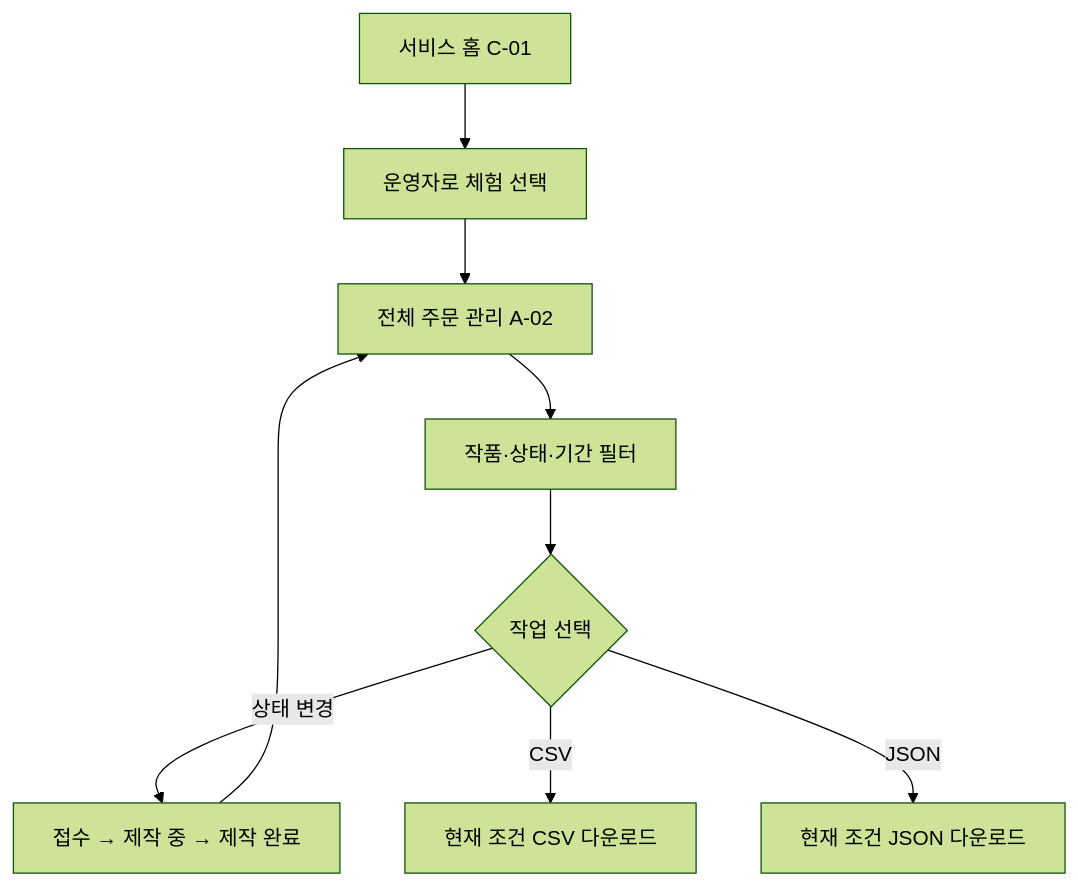
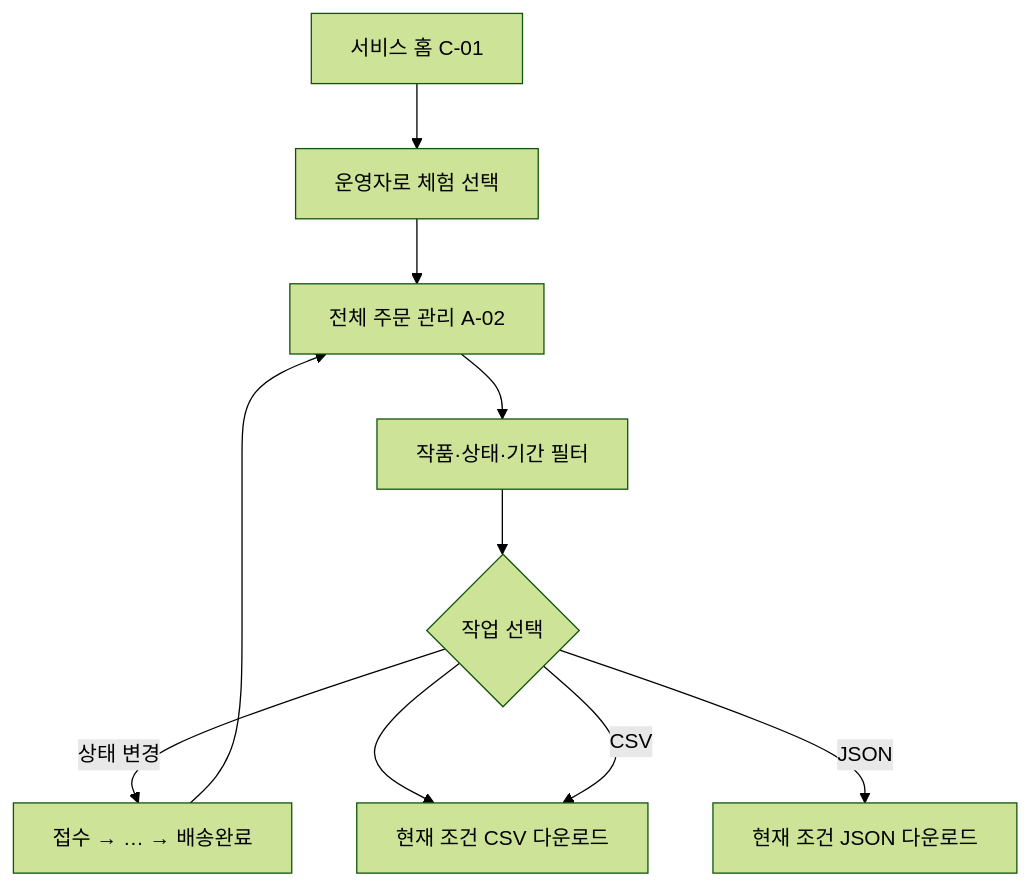
The third of 3 diagrams in docs/05_화면_정의서.md (021Skyfall/novelkeep), drawn with Mermaid (forest theme) before and after one commit. The commit also changed other lines of this file and 63 other files, not shown here.

````diff
--- a/docs/05_화면_정의서.md
+++ b/docs/05_화면_정의서.md
@@ -417,11 +429,12 @@
 ```mermaid
 flowchart TD
     A["서비스 홈 C-01"] --> B["운영자로 체험 선택"]
     B --> C["전체 주문 관리 A-02"]
     C --> D["작품·상태·기간 필터"]
     D --> E{"작업 선택"}
-    E -->|상태 변경| F["접수 → 제작 중 → 제작 완료"]
+    E -->|상태 변경| F["접수 → … → 배송완료"]
+    E --> G["펀딩 승인 A-03"]
     E -->|CSV| G["현재 조건 CSV 다운로드"]
     E -->|JSON| H["현재 조건 JSON 다운로드"]
     F --> C
 ```
````
